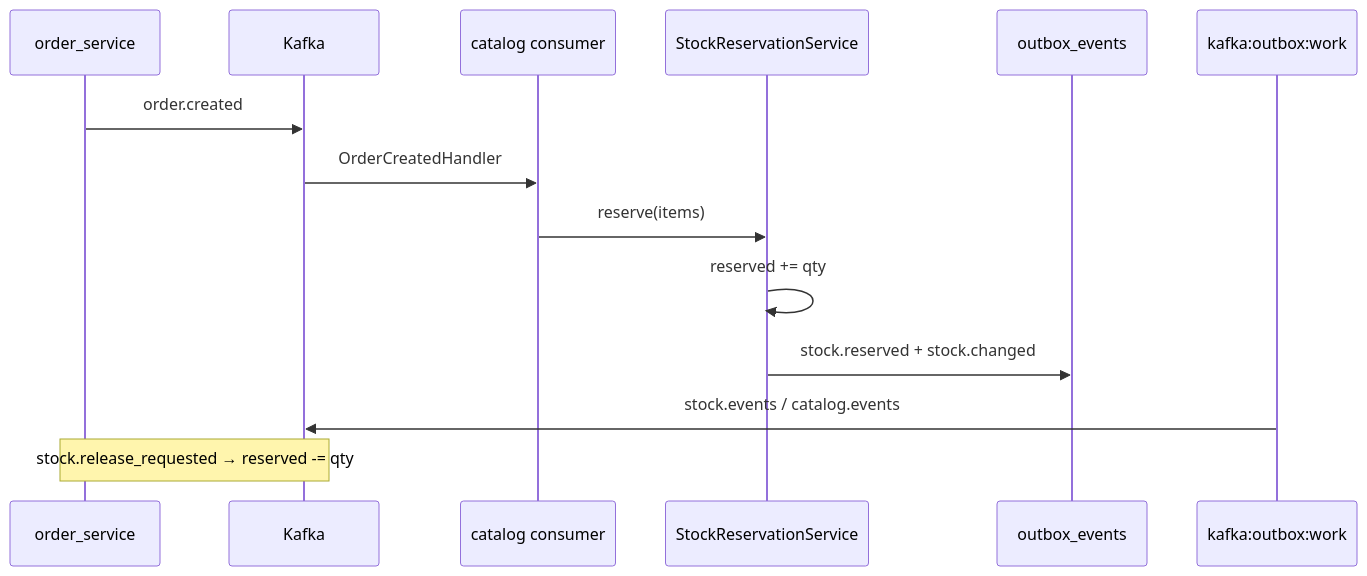
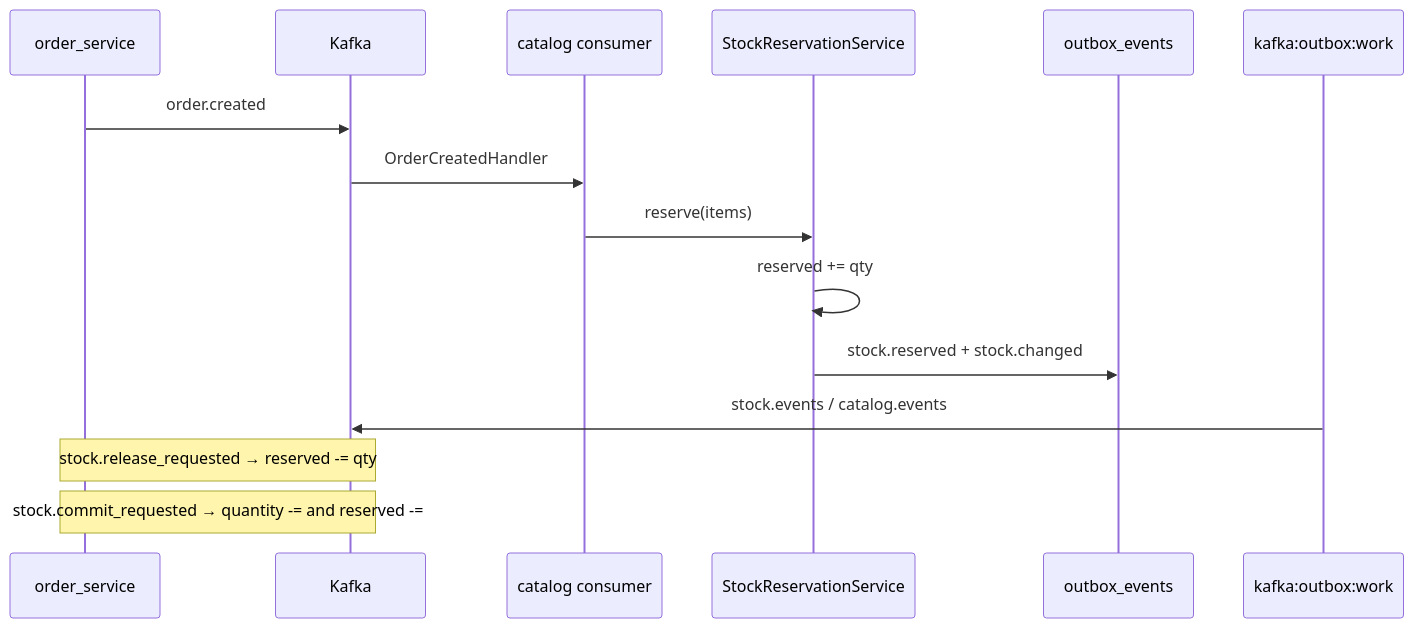
One commit to ff1nk1/e_commerce_platform changed the second of 2 diagrams in catalog_service/README.md. Above: the diagram before and after it, drawn with Mermaid. The commit also changed other lines of this file and 23 other files, not shown here.

````diff
--- a/catalog_service/README.md
+++ b/catalog_service/README.md
@@ -94,17 +99,18 @@
 ```mermaid
 sequenceDiagram
   participant Order as order_service
   participant Kafka
   participant Cat as catalog consumer
   participant Svc as StockReservationService
   participant Outbox as outbox_events
   participant Worker as kafka:outbox:work
 
   Order->>Kafka: order.created
   Kafka->>Cat: OrderCreatedHandler
   Cat->>Svc: reserve(items)
   Svc->>Svc: reserved += qty
   Svc->>Outbox: stock.reserved + stock.changed
   Worker->>Kafka: stock.events / catalog.events
   Note over Order,Kafka: stock.release_requested → reserved -= qty
+  Note over Order,Kafka: stock.commit_requested → quantity -= and reserved -=
 ```
````
